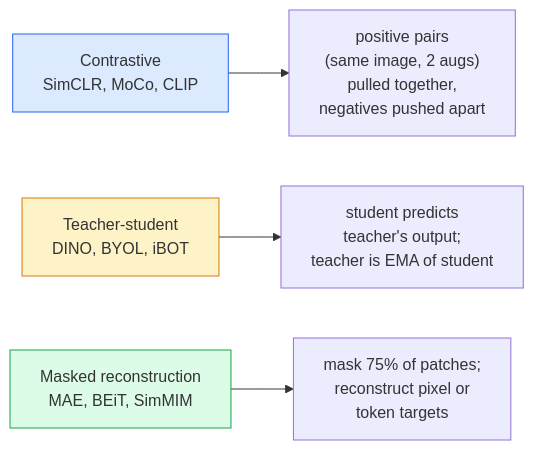
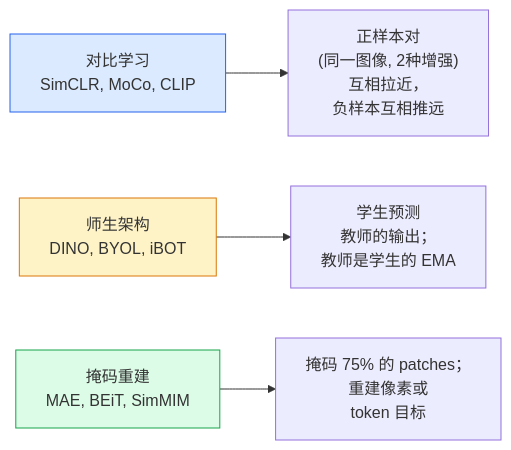
Before and after one commit to guangningsun/ailearning: the diagram in lessons/04-computer-vision/17-self-supervised-vision/docs/zh.md, drawn with Mermaid. The commit also changed other lines of this file and 29 other files, not shown here.

````diff
--- a/lessons/04-computer-vision/17-self-supervised-vision/docs/zh.md
+++ b/lessons/04-computer-vision/17-self-supervised-vision/docs/zh.md
@@ -29,10 +29,10 @@
 ```mermaid
 flowchart LR
-    A["Contrastive<br/>SimCLR, MoCo, CLIP"] --> AT["positive pairs<br/>(same image, 2 augs)<br/>pulled together,<br/>negatives pushed apart"]
-    B["Teacher-student<br/>DINO, BYOL, iBOT"] --> BT["student predicts<br/>teacher's output;<br/>teacher is EMA of student"]
-    C["Masked reconstruction<br/>MAE, BEiT, SimMIM"] --> CT["mask 75% of patches;<br/>reconstruct pixel or<br/>token targets"]
+    A["对比学习<br/>SimCLR, MoCo, CLIP"] --> AT["正样本对<br/>(同一图像, 2种增强)<br/>互相拉近，<br/>负样本互相推远"]
+    B["师生架构<br/>DINO, BYOL, iBOT"] --> BT["学生预测<br/>教师的输出；<br/>教师是学生的 EMA"]
+    C["掩码重建<br/>MAE, BEiT, SimMIM"] --> CT["掩码 75% 的 patches；<br/>重建像素或<br/>token 目标"]
 
     style A fill:#dbeafe,stroke:#2563eb
     style B fill:#fef3c7,stroke:#d97706
     style C fill:#dcfce7,stroke:#16a34a
 ```
````
